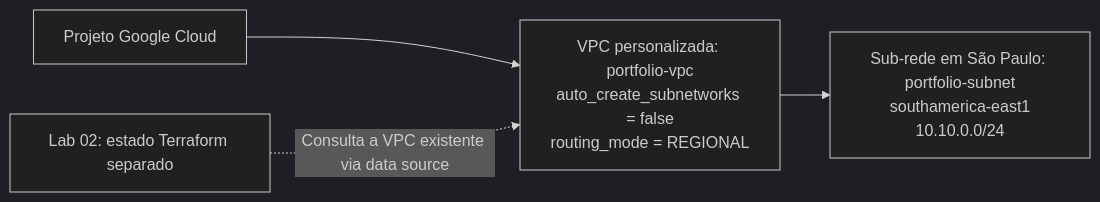
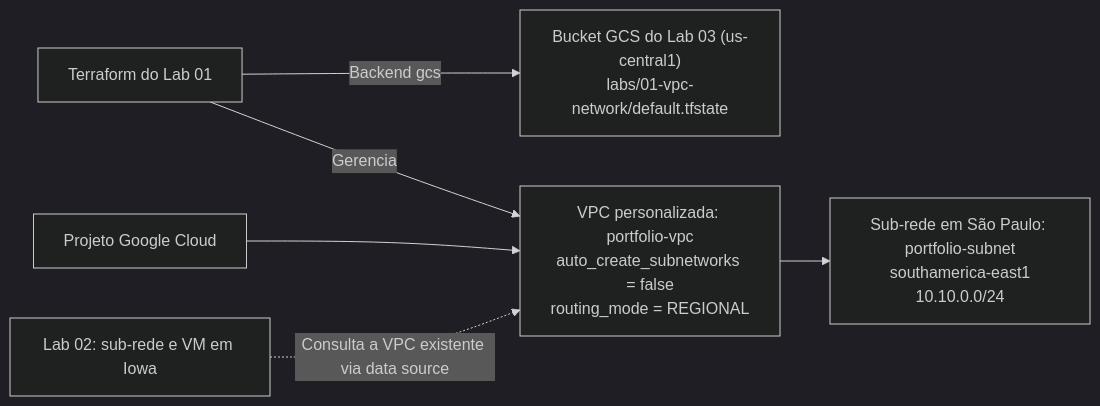
Before and after one commit to matheuslab-bit/matheuslab-bit: the diagram in projects/01-vpc-network/README.pt-BR.md, drawn with Mermaid (dark theme). The commit also changed other lines of this file and 12 other files, not shown here.

Commit message:
chore: finalize Google Cloud portfolio documentation

````diff
--- a/projects/01-vpc-network/README.pt-BR.md
+++ b/projects/01-vpc-network/README.pt-BR.md
@@ -17,6 +19,8 @@
 ```mermaid
 flowchart LR
-    Project["Projeto Google Cloud"] --> VPC["VPC personalizada: portfolio-vpc<br/>auto_create_subnetworks = false<br/>routing_mode = REGIONAL"]
+    TF01["Terraform do Lab 01"] -->|"Backend gcs"| GCS["Bucket GCS do Lab 03 (us-central1)<br/>labs/01-vpc-network/default.tfstate"]
+    TF01 -->|"Gerencia"| VPC["VPC personalizada: portfolio-vpc<br/>auto_create_subnetworks = false<br/>routing_mode = REGIONAL"]
+    Project["Projeto Google Cloud"] --> VPC
     VPC --> Subnet["Sub-rede em São Paulo: portfolio-subnet<br/>southamerica-east1<br/>10.10.0.0/24"]
-    Lab02["Lab 02: estado Terraform separado"] -.->|"Consulta a VPC existente via data source"| VPC
+    Lab02["Lab 02: sub-rede e VM em Iowa"] -.->|"Consulta a VPC existente via data source"| VPC
 ```
````
